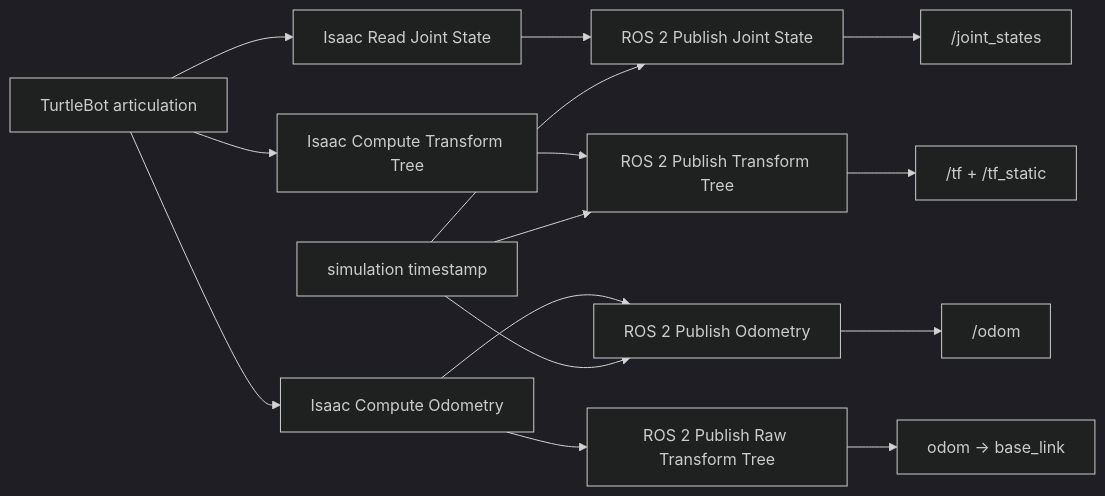
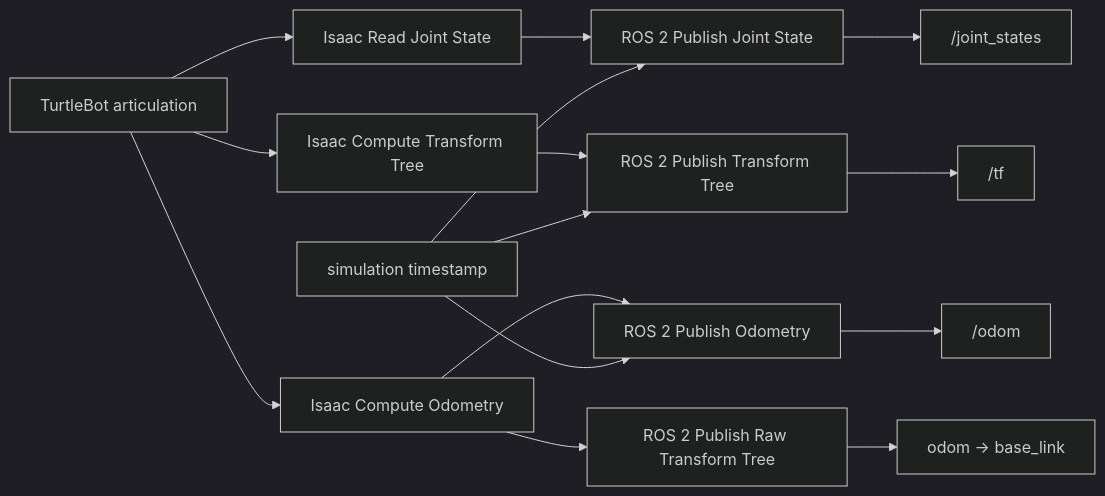
One commit to buicongnguyen/buicongnguyen.github.io changed the first of 2 diagrams in robotics-simulation-engineer/lab-02-joint-states-tf.md. Above: the diagram before and after it, drawn with Mermaid (dark theme). The commit also changed other lines of this file and 26 other files, not shown here.

````diff
--- a/robotics-simulation-engineer/lab-02-joint-states-tf.md
+++ b/robotics-simulation-engineer/lab-02-joint-states-tf.md
@@ -17,12 +17,12 @@
 ```mermaid
 flowchart LR
     Art["TurtleBot articulation"] --> Read["Isaac Read Joint State"]
     Read --> Joint["ROS 2 Publish Joint State"] --> JS["/joint_states"]
     Art --> Compute["Isaac Compute Transform Tree"]
-    Compute --> PubTF["ROS 2 Publish Transform Tree"] --> TF["/tf + /tf_static"]
+    Compute --> PubTF["ROS 2 Publish Transform Tree"] --> TF["/tf"]
     Art --> Odom["Isaac Compute Odometry"] --> PubO["ROS 2 Publish Odometry"] --> OT["/odom"]
     Odom --> RawTF["ROS 2 Publish Raw Transform Tree"] --> OTF["odom → base_link"]
     Clock["simulation timestamp"] --> Joint
     Clock --> PubTF
     Clock --> PubO
 ```
````
